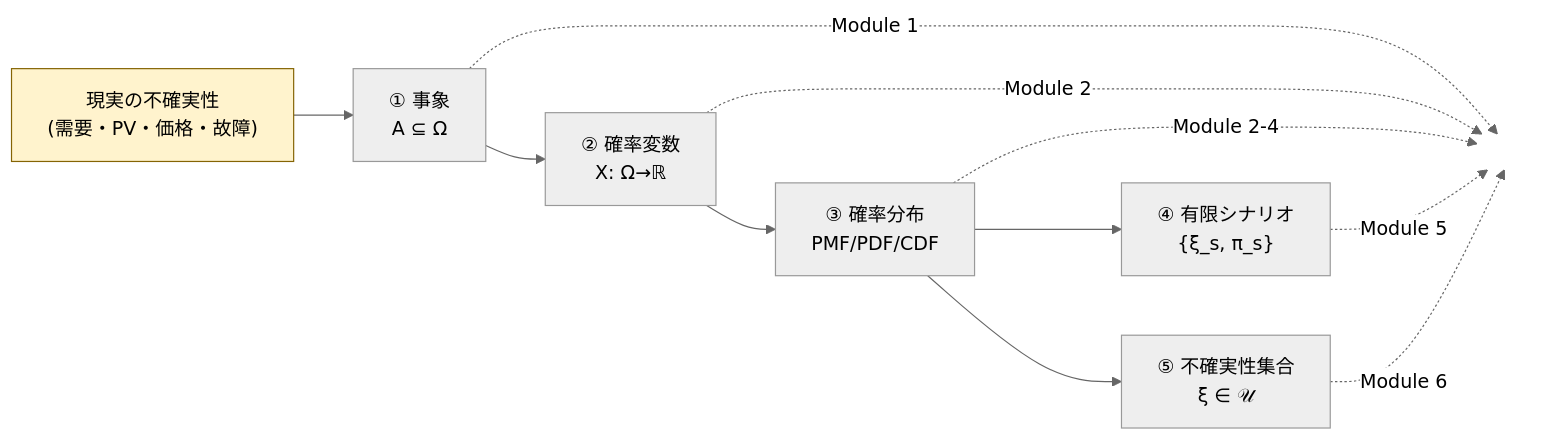
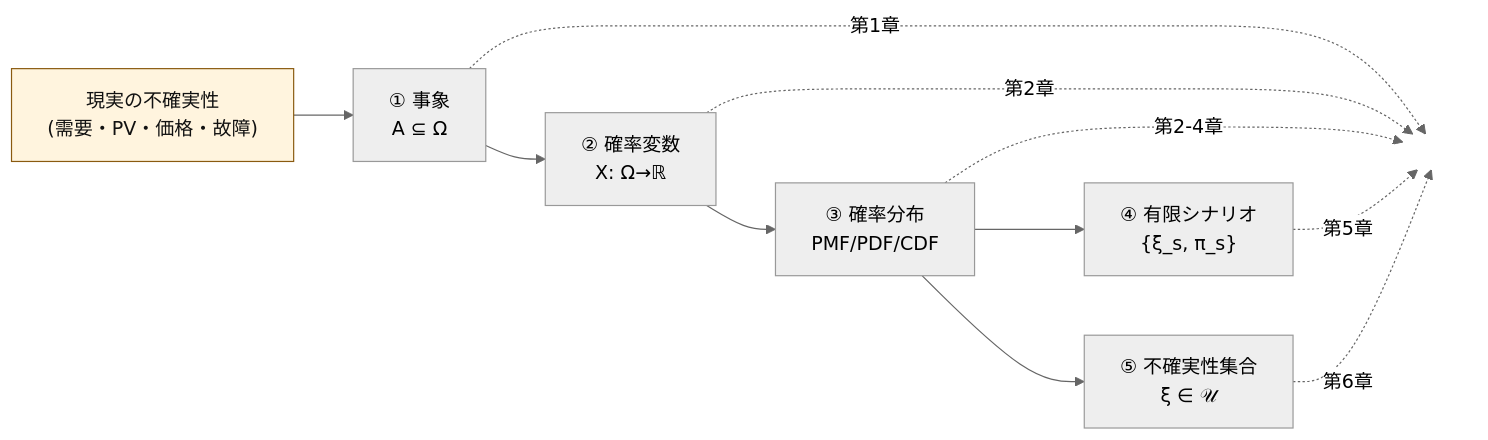
One commit to lutelute/lec_prob changed the second of 4 diagrams in roadmap/learning_map.md. Above: the diagram before and after it, drawn with Mermaid (neutral theme). The commit also changed other lines of this file and 59 other files, not shown here.

````diff
--- a/roadmap/learning_map.md
+++ b/roadmap/learning_map.md
@@ -57,24 +57,24 @@
 ```mermaid
 graph LR
     R["現実の不確実性<br/>(需要・PV・価格・故障)"]
     E["① 事象<br/>A ⊆ Ω"]
     V["② 確率変数<br/>X: Ω→ℝ"]
     D["③ 確率分布<br/>PMF/PDF/CDF"]
     S["④ 有限シナリオ<br/>{ξ_s, π_s}"]
     U["⑤ 不確実性集合<br/>ξ ∈ 𝒰"]
 
     R --> E
     E --> V
     V --> D
     D --> S
     D --> U
 
-    E -.->|Module 1| L1[" "]
-    V -.->|Module 2| L1
-    D -.->|Module 2-4| L1
-    S -.->|Module 5| L1
-    U -.->|Module 6| L1
+    E -.->|第1章| L1[" "]
+    V -.->|第2章| L1
+    D -.->|第2-4章| L1
+    S -.->|第5章| L1
+    U -.->|第6章| L1
 
-    style R fill:#fff3cd,stroke:#856404,color:#000
+    style R fill:#fff4de,stroke:#8a5a10,color:#111
     style L1 fill:none,stroke:none
 ```
````
